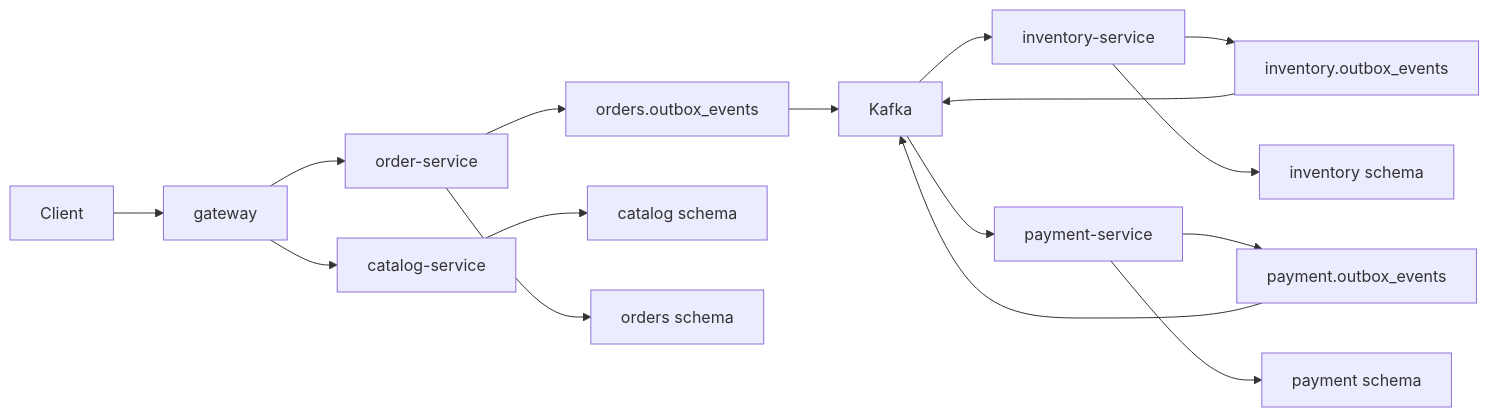
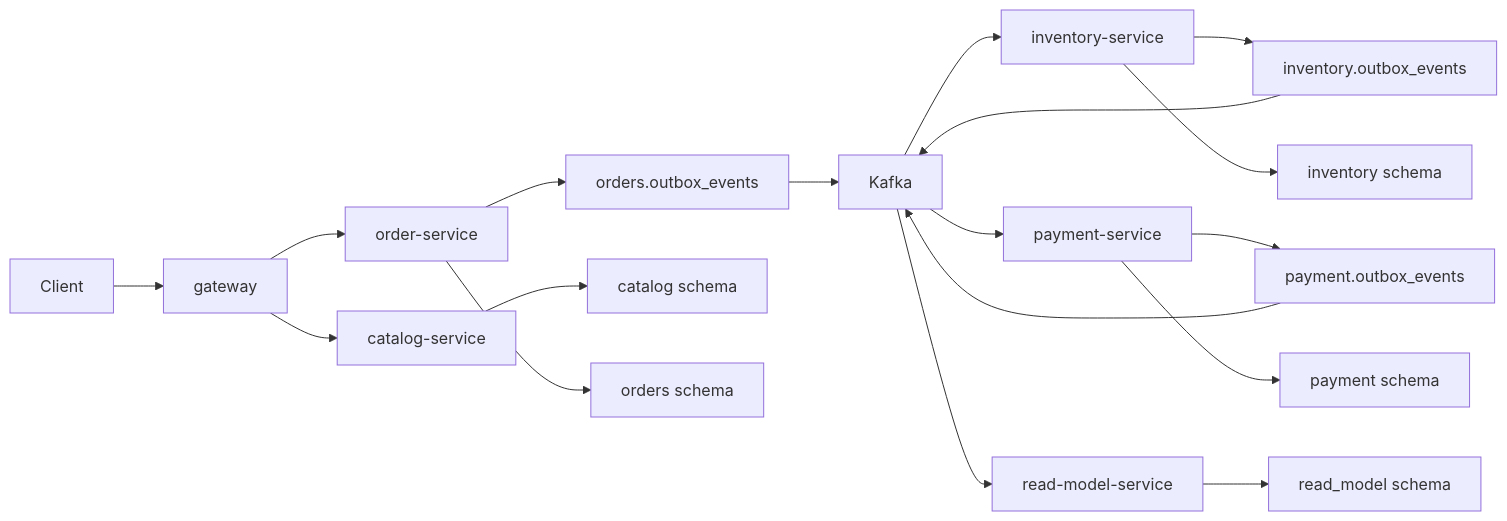
The diagram in docs/architecture/phase-1-commerce-foundation.md (cyson21/stockrush), drawn with Mermaid before and after one commit. The commit also changed other lines of this file and 31 other files, not shown here.

````diff
--- a/docs/architecture/phase-1-commerce-foundation.md
+++ b/docs/architecture/phase-1-commerce-foundation.md
@@ -7,18 +7,20 @@
 ```mermaid
 flowchart LR
   Client["Client"] --> Gateway["gateway"]
   Gateway --> Order["order-service"]
   Gateway --> Catalog["catalog-service"]
   Order --> OrderOutbox["orders.outbox_events"]
   OrderOutbox --> Kafka["Kafka"]
   Kafka --> Inventory["inventory-service"]
   Inventory --> InventoryOutbox["inventory.outbox_events"]
   InventoryOutbox --> Kafka
   Kafka --> Payment["payment-service"]
+  Kafka --> ReadModel["read-model-service"]
   Payment --> PaymentOutbox["payment.outbox_events"]
   PaymentOutbox --> Kafka
   Catalog --> CatalogDb["catalog schema"]
   Order --> OrdersDb["orders schema"]
   Inventory --> InventoryDb["inventory schema"]
   Payment --> PaymentDb["payment schema"]
+  ReadModel --> ReadModelDb["read_model schema"]
 ```
````
